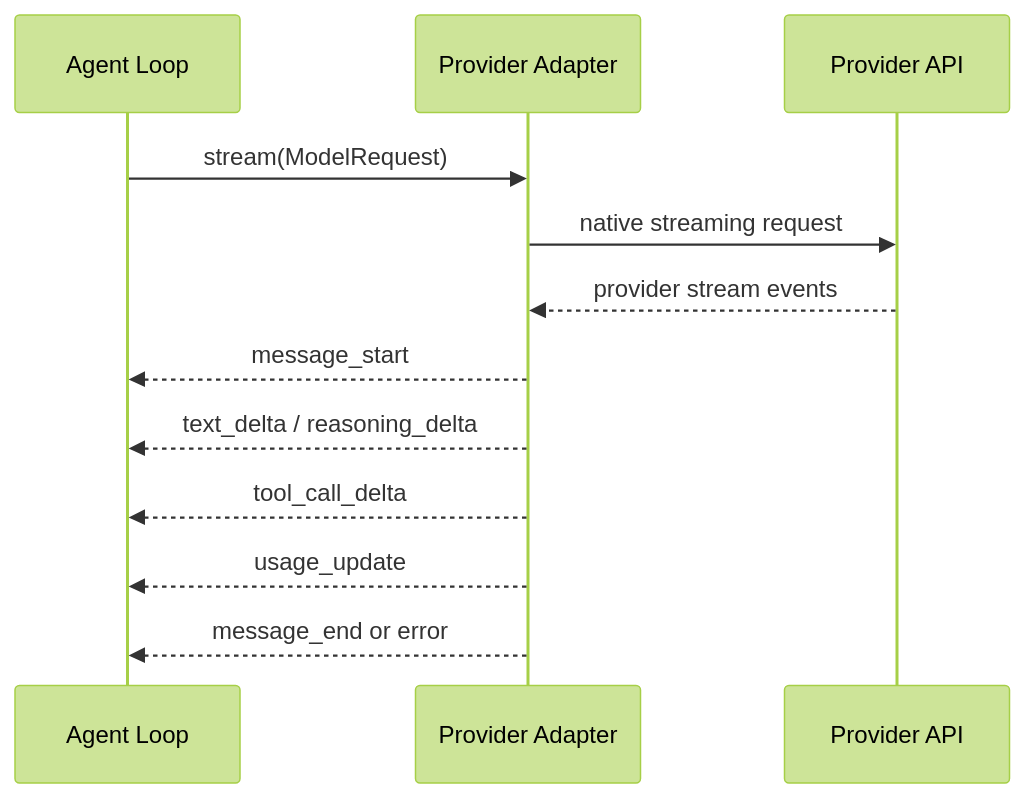
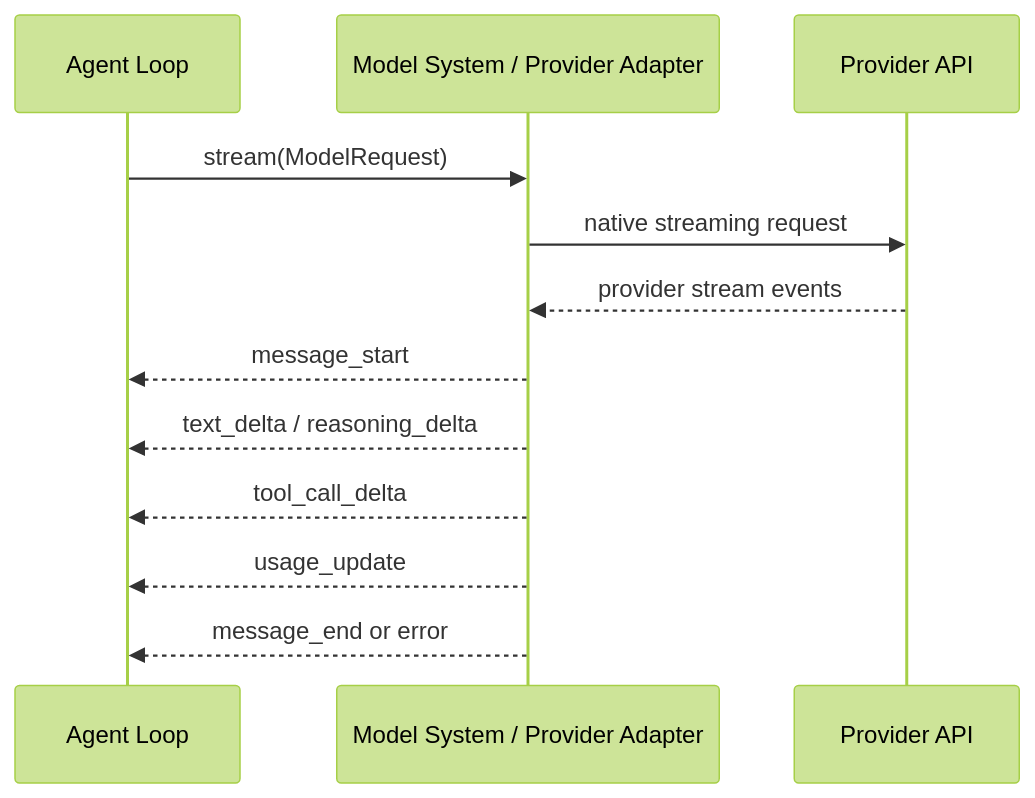
One commit to LunaDeerTech/agenteam changed the second of 2 diagrams in docs/architecture/platform-infrastructure/model-system/chat-model-runtime.md. Above: the diagram before and after it, drawn with Mermaid (forest theme). The commit also changed other lines of this file and 86 other files, not shown here.

```diff
--- a/docs/architecture/platform-infrastructure/model-system/chat-model-runtime.md
+++ b/docs/architecture/platform-infrastructure/model-system/chat-model-runtime.md
@@ -311,15 +311,15 @@
 ~~~mermaid
 sequenceDiagram
     participant L as Agent Loop
-    participant A as Provider Adapter
+    participant A as Model System / Provider Adapter
     participant P as Provider API
 
     L->>A: stream(ModelRequest)
     A->>P: native streaming request
     P-->>A: provider stream events
     A-->>L: message_start
     A-->>L: text_delta / reasoning_delta
     A-->>L: tool_call_delta
     A-->>L: usage_update
     A-->>L: message_end or error
 ~~~
```
